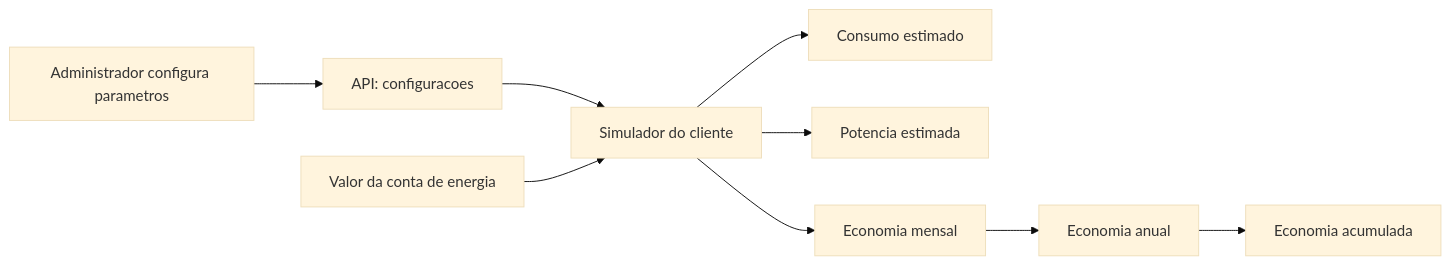
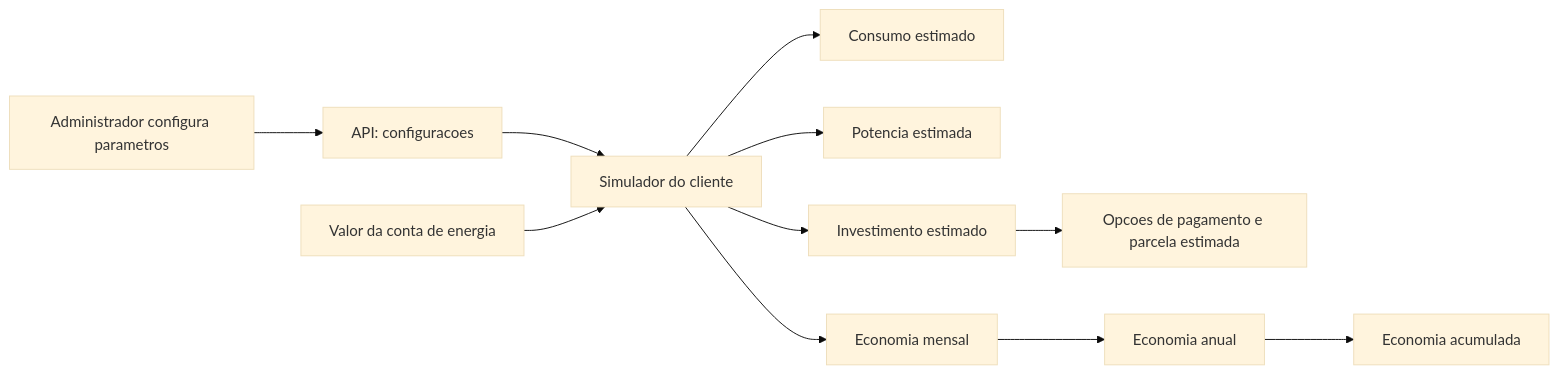
Before and after one commit to jacozinho/jb-ecosolar: the diagram in documentacao/simulador-configuracoes.md, drawn with Mermaid (base theme). The commit also changed other lines of this file and 5 other files, not shown here.

````diff
--- a/documentacao/simulador-configuracoes.md
+++ b/documentacao/simulador-configuracoes.md
@@ -5,12 +5,14 @@
 ```mermaid
 flowchart LR
   A[Administrador configura parametros] --> B[API: configuracoes]
   B --> C[Simulador do cliente]
   D[Valor da conta de energia] --> C
 
   C --> E[Consumo estimado]
   C --> F[Potencia estimada]
   C --> G[Economia mensal]
+  C --> J[Investimento estimado]
+  J --> K[Opcoes de pagamento e parcela estimada]
   G --> H[Economia anual]
   H --> I[Economia acumulada]
 ```
````
